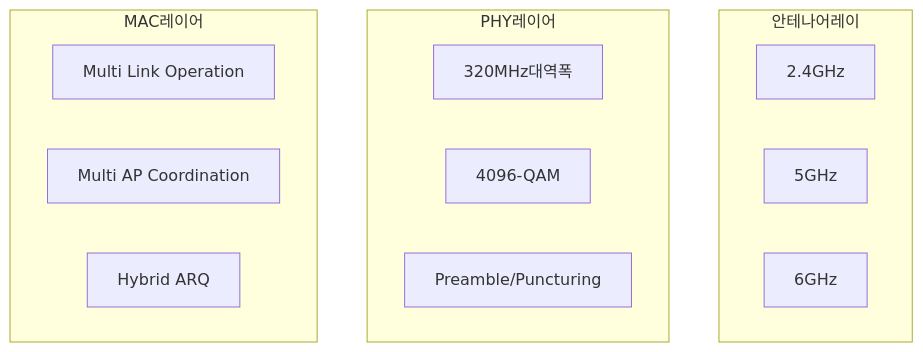
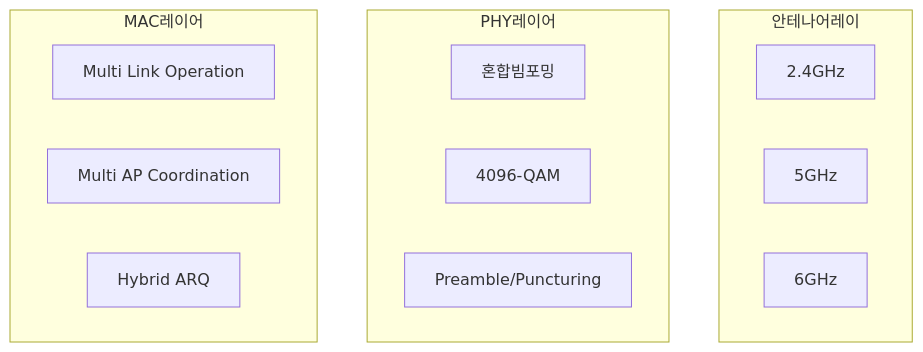
Before and after one commit to gracefullight/gracefullight.github.io: the diagram in blog/pe/nw/wifi-7.md, drawn with Mermaid.

Commit message:
docs(pe): 📚️ wifi 7

````diff
--- a/blog/pe/nw/wifi-7.md
+++ b/blog/pe/nw/wifi-7.md
@@ -19,20 +19,20 @@
 ```mermaid
 graph TB
   subgraph 안테나어레이
     2.4GHz
     5GHz
     6GHz
   end
 
   subgraph PHY레이어
-    320MHz대역폭
+    혼합빔포밍
     4096-QAM
     Preamble/Puncturing
   end
 
    subgraph MAC레이어
     MLO[Multi Link Operation]
     MultiAP[Multi AP Coordination]
     H-ARQ[Hybrid ARQ]
   end
 ```
````
